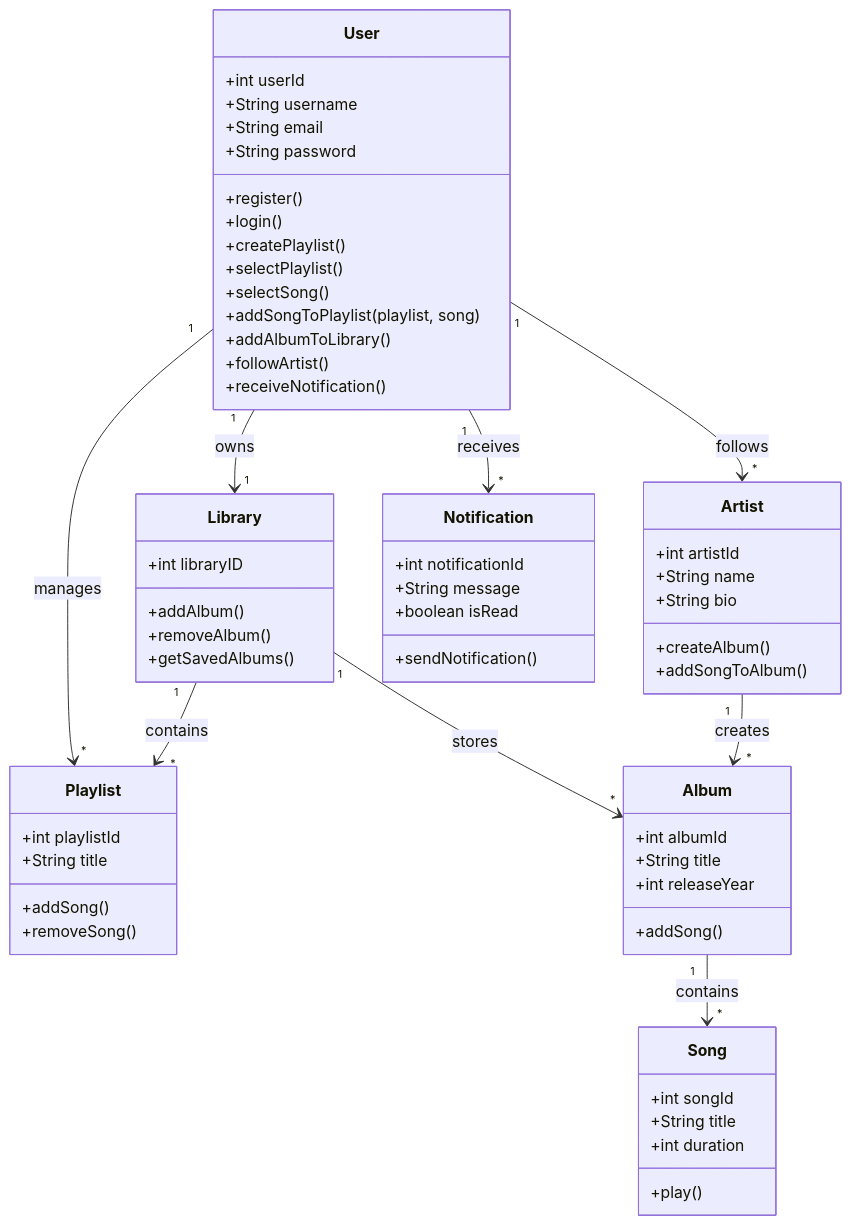
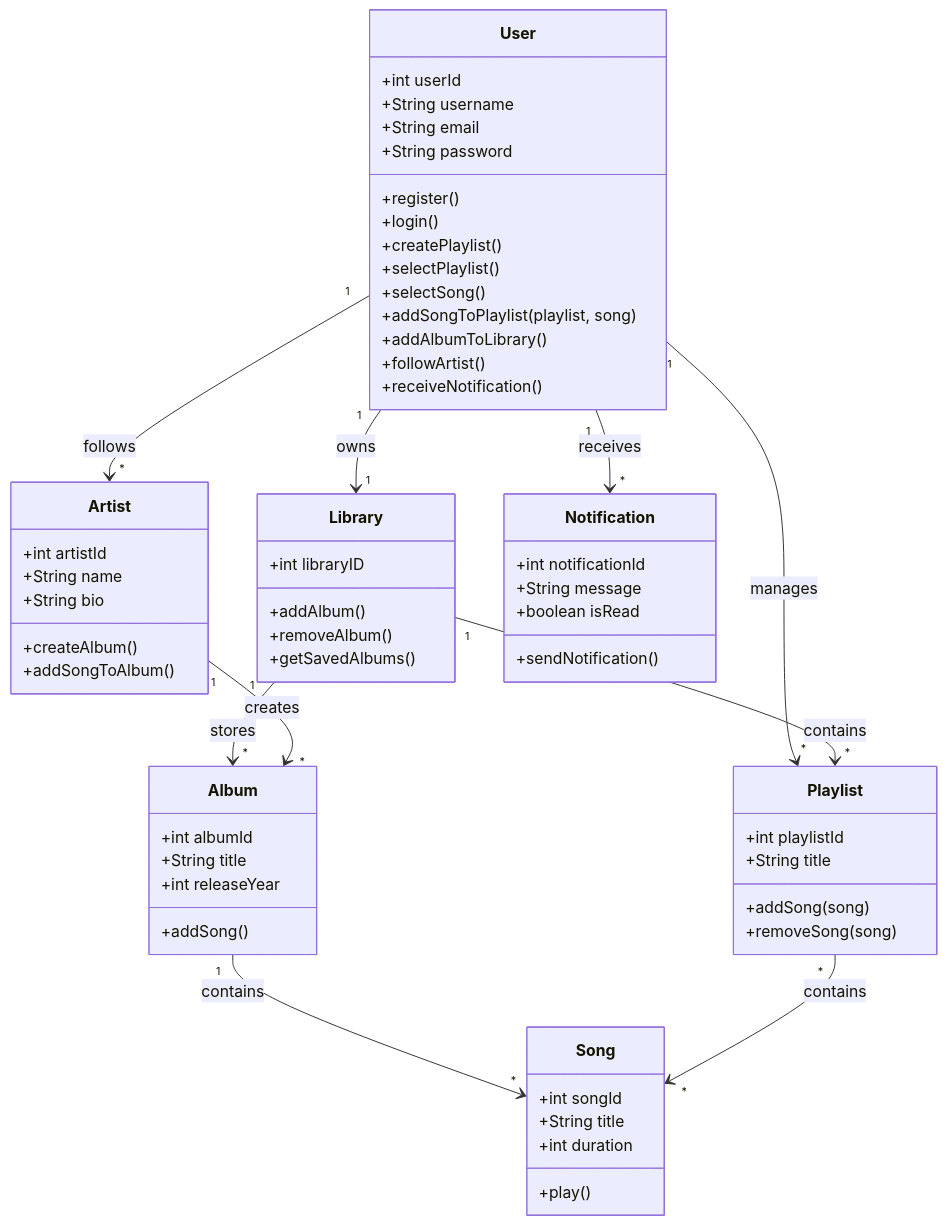
Before and after one commit to jabaliozoof-hub/Music_platform: the diagram in classDigram.mmd, drawn with Mermaid.

Commit message:
adding conection

```diff
--- a/classDigram.mmd
+++ b/classDigram.mmd
@@ -1,69 +1,71 @@
 classDiagram
     direction TB
+    
     class User {
         +int userId
         +String username
         +String email
         +String password
         +register()
         +login()
         +createPlaylist()
         +selectPlaylist()
         +selectSong()
         +addSongToPlaylist(playlist, song)
         +addAlbumToLibrary()
         +followArtist()
         +receiveNotification()
     }
-
+    
     class Library {
         +int libraryID
         +addAlbum()
         +removeAlbum()
         +getSavedAlbums()
     }
-
+    
     class Playlist {
         +int playlistId
         +String title
-        +addSong()
-        +removeSong()
+        +addSong(song)
+        +removeSong(song)
     }
-
+    
     class Artist {
         +int artistId
         +String name
         +String bio
         +createAlbum()
         +addSongToAlbum()
     }
-
+    
     class Album {
         +int albumId
         +String title
         +int releaseYear
         +addSong()
     }
-
+    
     class Song {
         +int songId
         +String title
         +int duration
         +play()
     }
-
+    
     class Notification {
         +int notificationId
         +String message
         +boolean isRead
         +sendNotification()
     }
 
     User "1" --> "1" Library : owns
     User "1" --> "*" Playlist : manages
     User "1" --> "*" Artist : follows
     User "1" --> "*" Notification : receives
+    Library "1" --> "*" Album : stores
     Library "1" --> "*" Playlist : contains
-    Library "1" --> "*" Album : stores
     Artist "1" --> "*" Album : creates
     Album "1" --> "*" Song : contains
+    Playlist "*" --> "*" Song : contains
```
